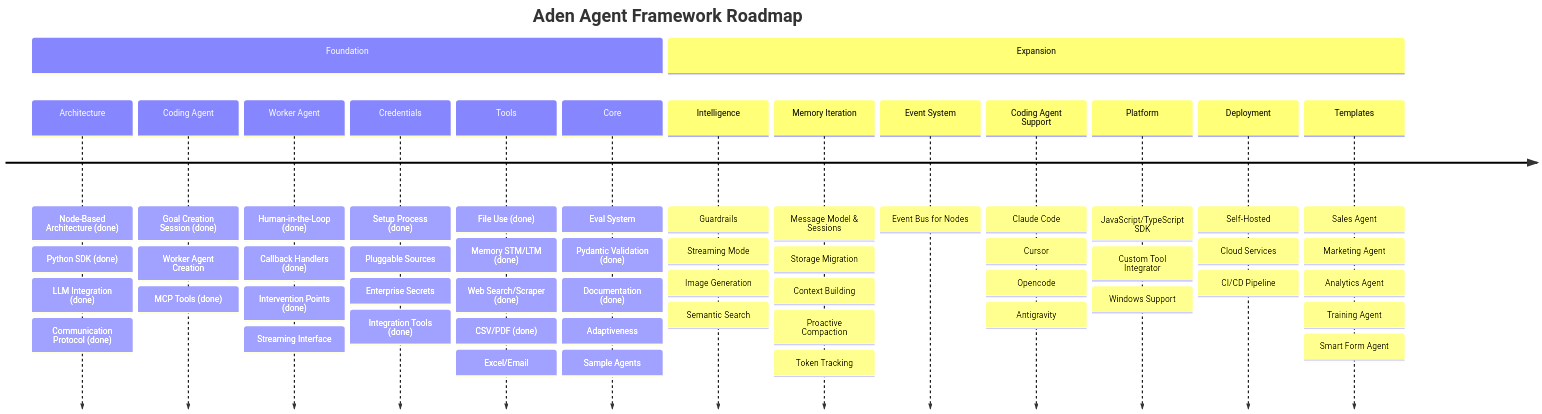
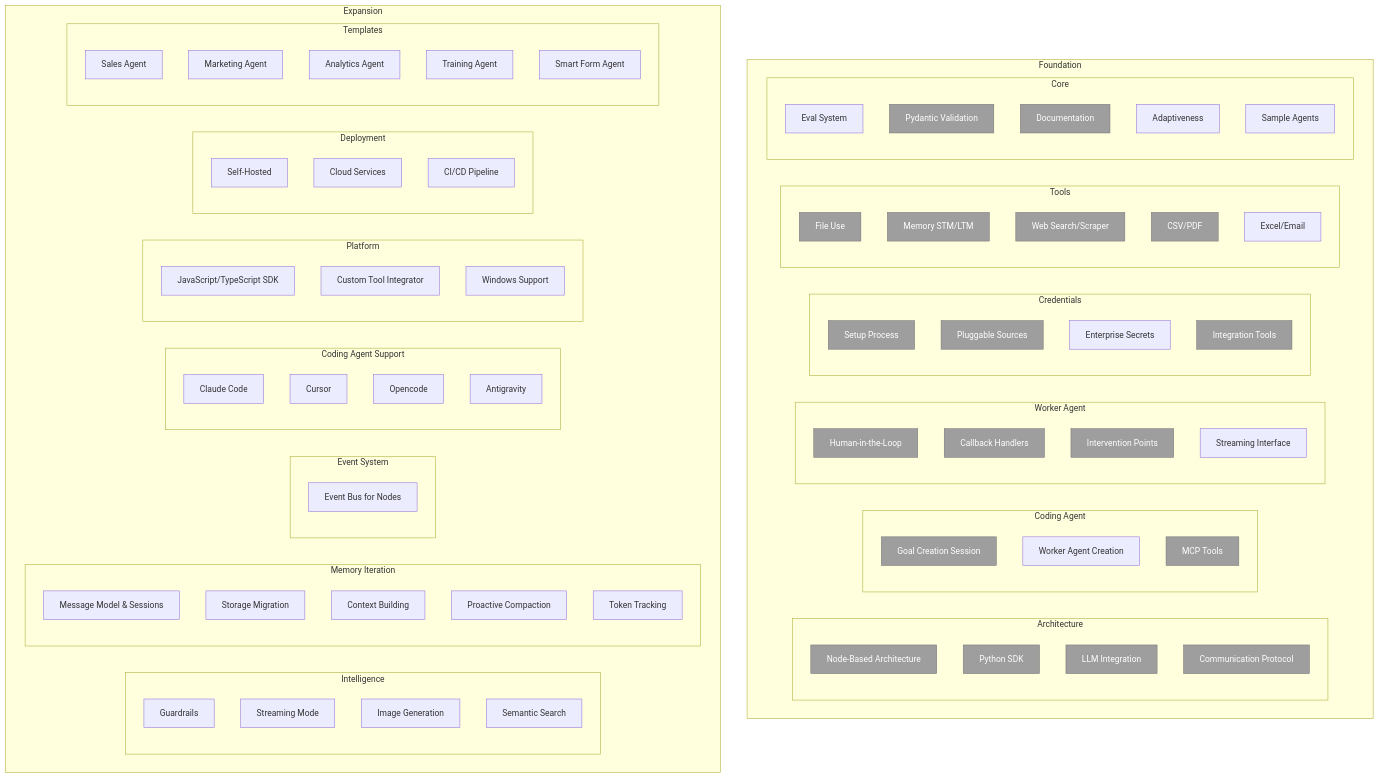
The diagram in ROADMAP.md (nk10nikhil/hive-spm-clone), drawn with Mermaid before and after one commit.

Commit message:
chore: update mermaid chart type

````diff
--- a/ROADMAP.md
+++ b/ROADMAP.md
@@ -5,19 +5,88 @@
 ```mermaid
-timeline
-    title Aden Agent Framework Roadmap
-    section Foundation
-        Architecture : Node-Based Architecture (done) : Python SDK (done) : LLM Integration (done) : Communication Protocol (done)
-        Coding Agent : Goal Creation Session (done) : Worker Agent Creation : MCP Tools (done)
-        Worker Agent : Human-in-the-Loop (done) : Callback Handlers (done) : Intervention Points (done) : Streaming Interface
-        Credentials : Setup Process (done) : Pluggable Sources : Enterprise Secrets : Integration Tools (done)
-        Tools : File Use (done) : Memory STM/LTM (done) : Web Search/Scraper (done) : CSV/PDF (done) : Excel/Email
-        Core : Eval System : Pydantic Validation (done) : Documentation (done) : Adaptiveness : Sample Agents
-    section Expansion
-        Intelligence : Guardrails : Streaming Mode : Image Generation : Semantic Search
-        Memory Iteration : Message Model & Sessions : Storage Migration : Context Building : Proactive Compaction : Token Tracking
-        Event System : Event Bus for Nodes
-        Coding Agent Support : Claude Code : Cursor : Opencode : Antigravity
-        Platform : JavaScript/TypeScript SDK : Custom Tool Integrator : Windows Support
-        Deployment : Self-Hosted : Cloud Services : CI/CD Pipeline
-        Templates : Sales Agent : Marketing Agent : Analytics Agent : Training Agent : Smart Form Agent
+flowchart TD
+subgraph Foundation
+    direction LR
+    subgraph arch["Architecture"]
+        a1["Node-Based Architecture"]:::done
+        a2["Python SDK"]:::done
+        a3["LLM Integration"]:::done
+        a4["Communication Protocol"]:::done
+    end
+    subgraph ca["Coding Agent"]
+        b1["Goal Creation Session"]:::done
+        b2["Worker Agent Creation"]
+        b3["MCP Tools"]:::done
+    end
+    subgraph wa["Worker Agent"]
+        c1["Human-in-the-Loop"]:::done
+        c2["Callback Handlers"]:::done
+        c3["Intervention Points"]:::done
+        c4["Streaming Interface"]
+    end
+    subgraph cred["Credentials"]
+        d1["Setup Process"]:::done
+        d2["Pluggable Sources"]:::done
+        d3["Enterprise Secrets"]
+        d4["Integration Tools"]:::done
+    end
+    subgraph tools["Tools"]
+        e1["File Use"]:::done
+        e2["Memory STM/LTM"]:::done
+        e3["Web Search/Scraper"]:::done
+        e4["CSV/PDF"]:::done
+        e5["Excel/Email"]
+    end
+    subgraph core["Core"]
+        f1["Eval System"]
+        f2["Pydantic Validation"]:::done
+        f3["Documentation"]:::done
+        f4["Adaptiveness"]
+        f5["Sample Agents"]
+    end
+end
+
+subgraph Expansion
+    direction LR
+    subgraph intel["Intelligence"]
+        g1["Guardrails"]
+        g2["Streaming Mode"]
+        g3["Image Generation"]
+        g4["Semantic Search"]
+    end
+    subgraph mem["Memory Iteration"]
+        h1["Message Model & Sessions"]
+        h2["Storage Migration"]
+        h3["Context Building"]
+        h4["Proactive Compaction"]
+        h5["Token Tracking"]
+    end
+    subgraph evt["Event System"]
+        i1["Event Bus for Nodes"]
+    end
+    subgraph cas["Coding Agent Support"]
+        j1["Claude Code"]
+        j2["Cursor"]
+        j3["Opencode"]
+        j4["Antigravity"]
+    end
+    subgraph plat["Platform"]
+        k1["JavaScript/TypeScript SDK"]
+        k2["Custom Tool Integrator"]
+        k3["Windows Support"]
+    end
+    subgraph dep["Deployment"]
+        l1["Self-Hosted"]
+        l2["Cloud Services"]
+        l3["CI/CD Pipeline"]
+    end
+    subgraph tmpl["Templates"]
+        m1["Sales Agent"]
+        m2["Marketing Agent"]
+        m3["Analytics Agent"]
+        m4["Training Agent"]
+        m5["Smart Form Agent"]
+    end
+end
+
+classDef done fill:#9e9e9e,color:#fff,stroke:#757575
 ```
````
